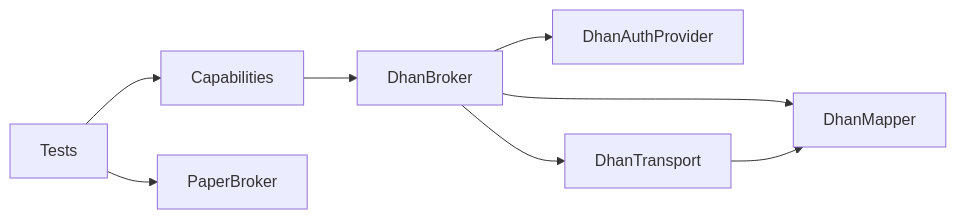
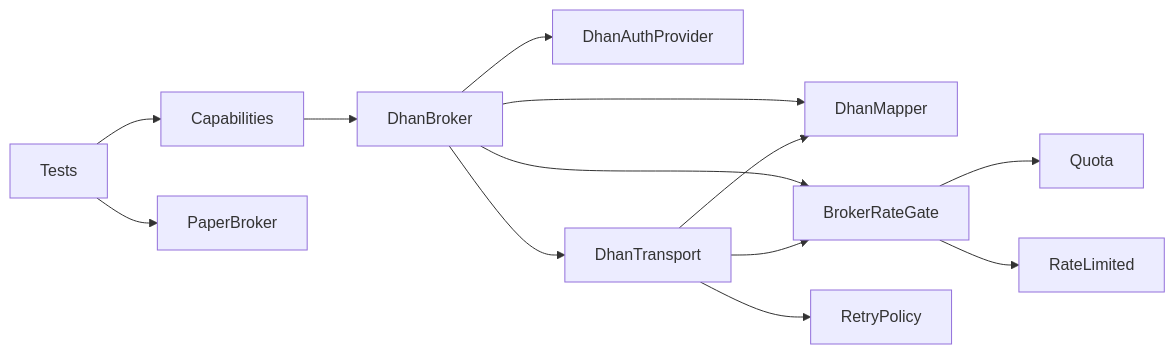
Before and after one commit to Ganesh-Kusundal/nTrade: diagram 13 of 13 in .qoder/repowiki/en/content/Architecture Overview/Broker Abstraction Pattern/Broker Abstraction Pattern.md, drawn with Mermaid. The commit also changed other lines of this file and 2201 other files, not shown here.

Commit message:
Integrate completeness: live runner hardening, broker adapter layers, rate-limiting infrastructure, data pipeline (parquet OHLCV + ingestion scripts), contract testing framework, options analytics, and updated architecture/knowledge docs

````diff
--- a/.qoder/repowiki/en/content/Architecture Overview/Broker Abstraction Pattern/Broker Abstraction Pattern.md
+++ b/.qoder/repowiki/en/content/Architecture Overview/Broker Abstraction Pattern/Broker Abstraction Pattern.md
@@ -473,10 +536,15 @@
 ```mermaid
 graph LR
 DhanBroker["DhanBroker"] --> AuthProv["DhanAuthProvider"]
 DhanBroker --> Transport["DhanTransport"]
 DhanBroker --> Mapper["DhanMapper"]
+DhanBroker --> Gate["BrokerRateGate"]
+Transport --> Gate
 Transport --> Mapper
+Transport --> Retry["RetryPolicy"]
+Gate --> Quota["Quota"]
+Gate --> RateLim["RateLimited"]
 CapSys["Capabilities"] --> DhanBroker
 Tests["Tests"] --> CapSys
 Tests --> PaperBroker["PaperBroker"]
 ```
````
